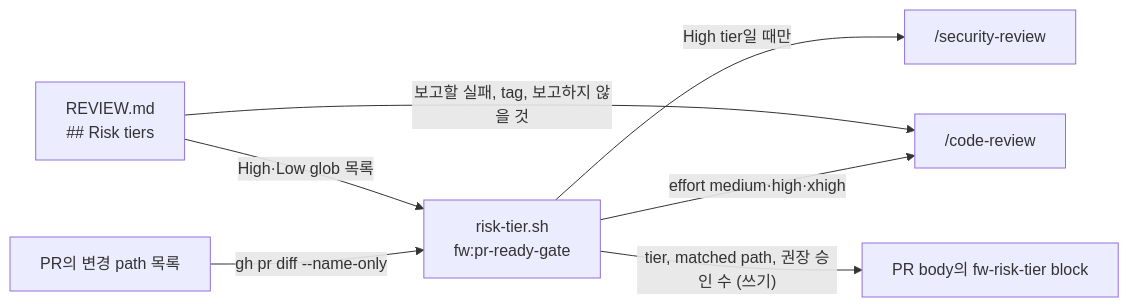
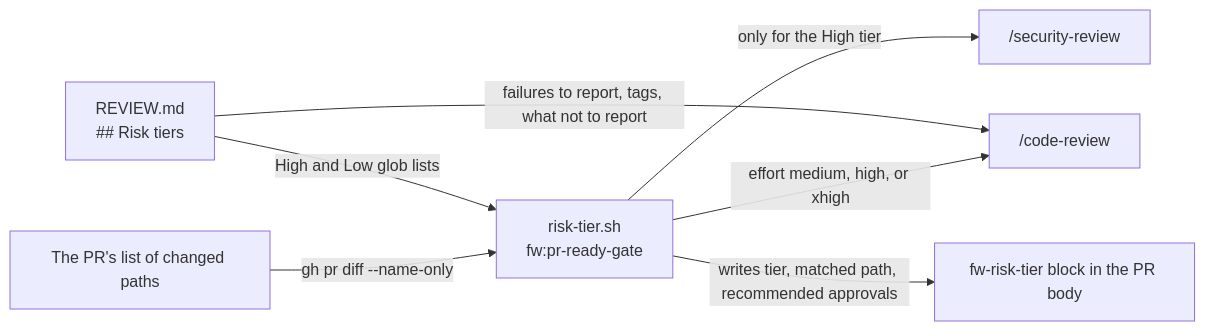
The diagram in docs/adr/0015-risk-tiered-review-policy-in-review-md.md (lablup/backend.ai-webui), drawn with Mermaid before and after one commit. The commit also changed other lines of this file and 15 other files, not shown here.

First line of the commit message:
chore(#10802): translate ADR 0003–0017 and ARCHITECTURE.md into English

````diff
--- a/docs/adr/0015-risk-tiered-review-policy-in-review-md.md
+++ b/docs/adr/0015-risk-tiered-review-policy-in-review-md.md
@@ -19,15 +19,15 @@
 ```mermaid
 flowchart LR
-  pr["PR의 변경 path 목록"]
+  pr["The PR's list of changed paths"]
   review["REVIEW.md<br/>## Risk tiers"]
   tier["risk-tier.sh<br/>fw:pr-ready-gate"]
   cr["/code-review"]
   sec["/security-review"]
-  body["PR body의 fw-risk-tier block"]
+  body["fw-risk-tier block in the PR body"]
   pr -- "gh pr diff --name-only" --> tier
-  review -- "High·Low glob 목록" --> tier
-  tier -- "effort medium·high·xhigh" --> cr
-  tier -- "High tier일 때만" --> sec
-  tier -- "tier, matched path, 권장 승인 수 (쓰기)" --> body
-  review -- "보고할 실패, tag, 보고하지 않을 것" --> cr
+  review -- "High and Low glob lists" --> tier
+  tier -- "effort medium, high, or xhigh" --> cr
+  tier -- "only for the High tier" --> sec
+  tier -- "writes tier, matched path, recommended approvals" --> body
+  review -- "failures to report, tags, what not to report" --> cr
 ```
````
